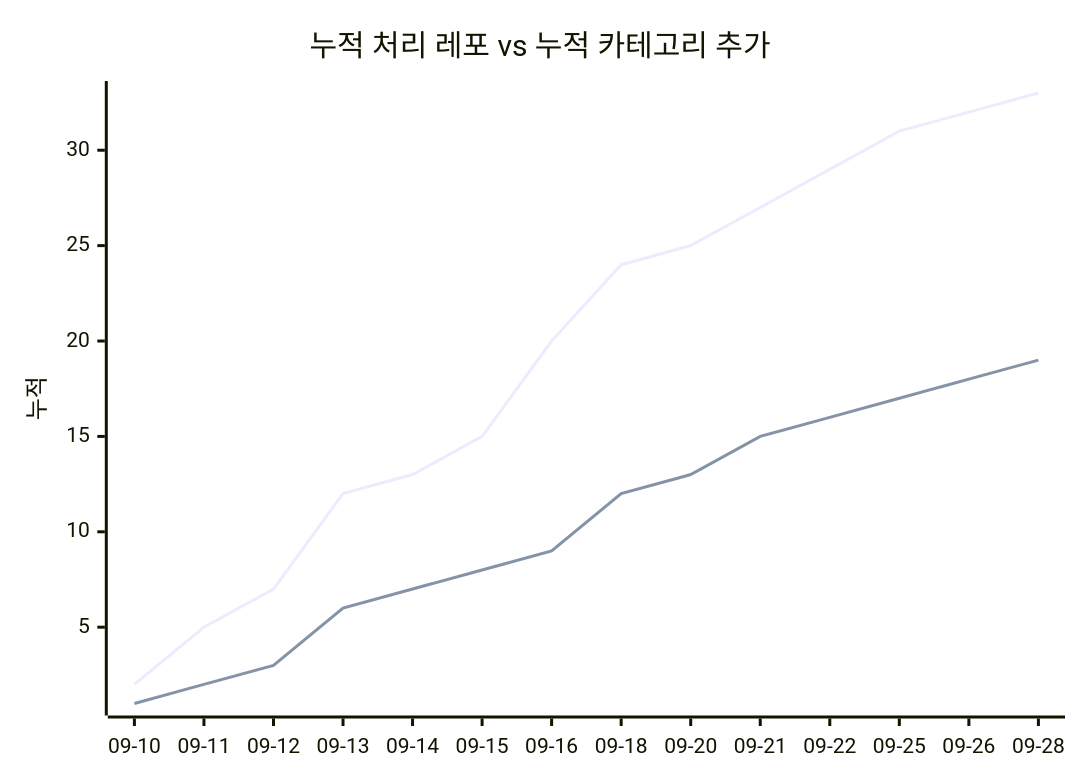
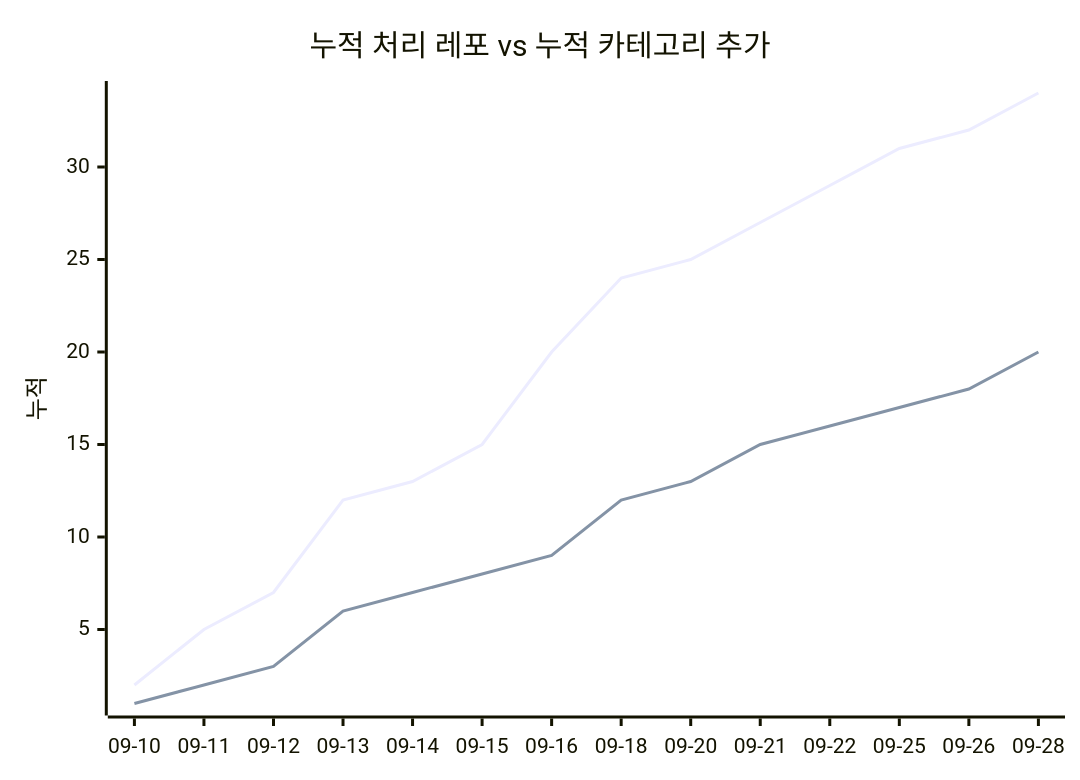
The second of 2 diagrams in docs/trends.md (J-nowcow/awesome-korean-agent-skills), drawn with Mermaid before and after one commit. The commit also changed other lines of this file and 3 other files, not shown here.

````diff
--- a/docs/trends.md
+++ b/docs/trends.md
@@ -68,8 +68,8 @@
 ```mermaid
 xychart-beta
     title "누적 처리 레포 vs 누적 카테고리 추가"
     x-axis ["09-10","09-11","09-12","09-13","09-14","09-15","09-16","09-18","09-20","09-21","09-22","09-25","09-26","09-28"]
     y-axis "누적"
-    line [2,5,7,12,13,15,20,24,25,27,29,31,32,33]
-    line [1,2,3,6,7,8,9,12,13,15,16,17,18,19]
+    line [2,5,7,12,13,15,20,24,25,27,29,31,32,34]
+    line [1,2,3,6,7,8,9,12,13,15,16,17,18,20]
 ```
````
